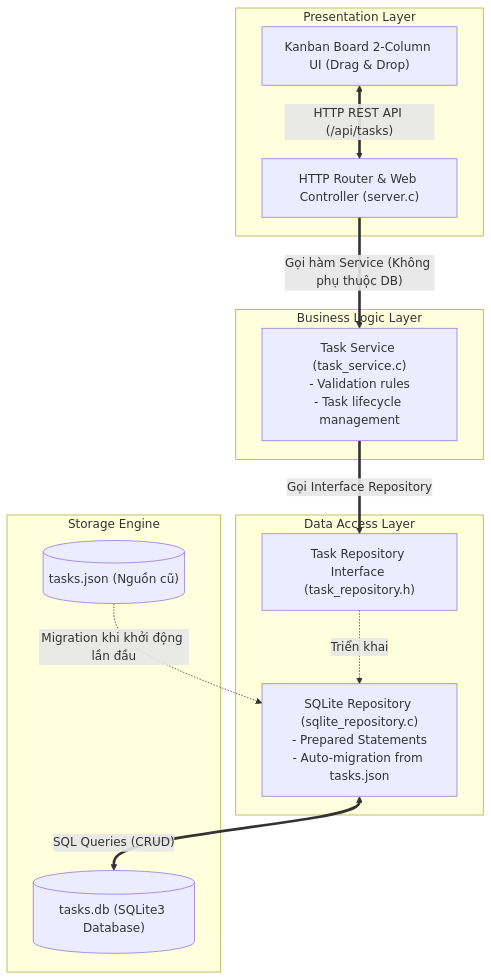
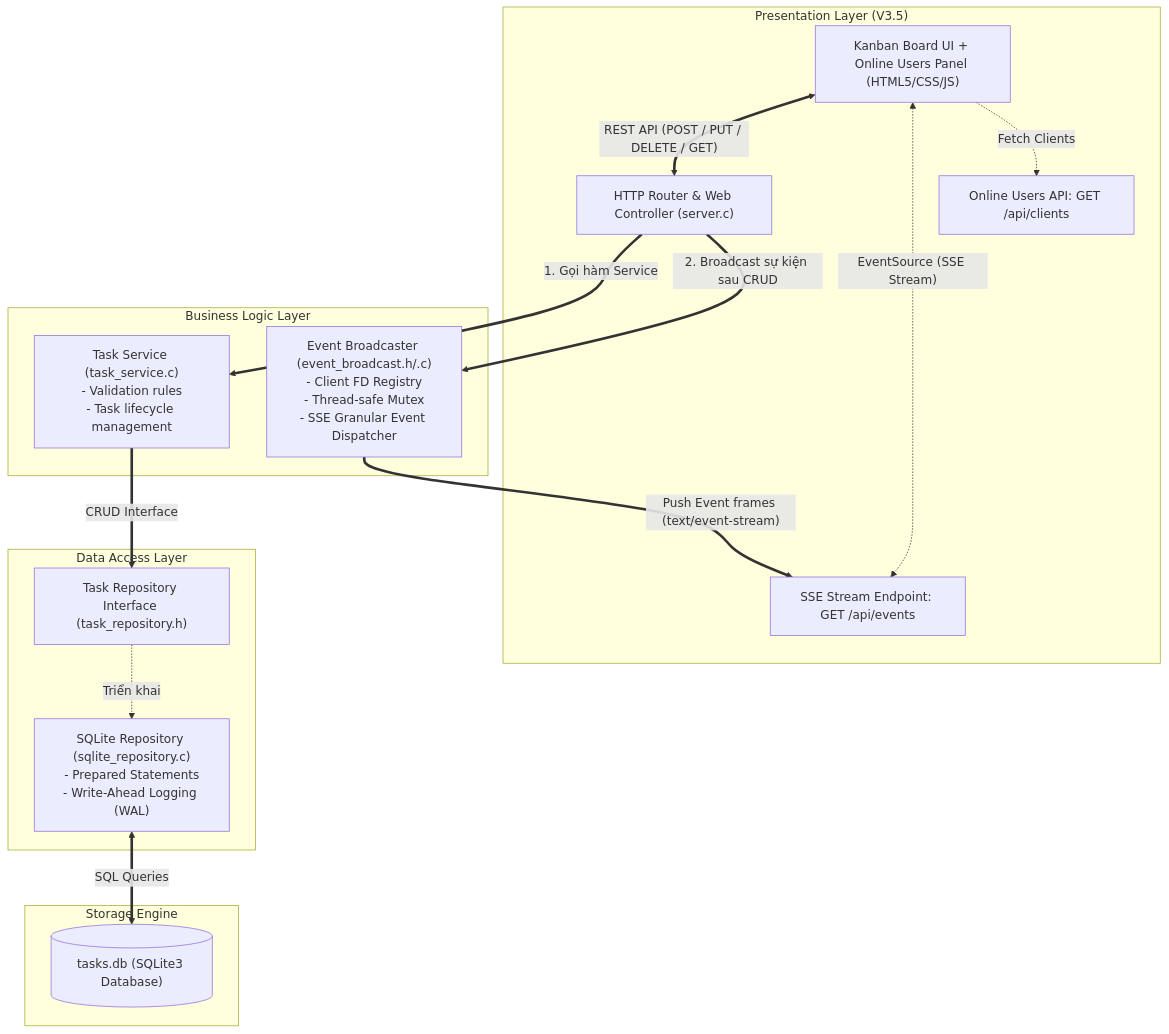
One commit to NguyenDuyHao-cheems/CNPM-W7-TODO changed the first of 2 diagrams in README.md. Above: the diagram before and after it, drawn with Mermaid. The commit also changed other lines of this file and 10 other files, not shown here.

Commit message:
feat(v3.5): implement Version 3.5 - Multi-User Real-time SSE collaboration and Online Users awareness

````diff
--- a/README.md
+++ b/README.md
@@ -138,27 +143,32 @@
 ```mermaid
 graph TD
-    subgraph Presentation ["Presentation Layer"]
-        KanbanUI["Kanban Board 2-Column UI (Drag & Drop)"]
+    subgraph Presentation ["Presentation Layer (V3.5)"]
+        KanbanUI["Kanban Board UI + Online Users Panel (HTML5/CSS/JS)"]
         HTTPRouter["HTTP Router & Web Controller (server.c)"]
-        KanbanUI <==>|"HTTP REST API (/api/tasks)"| HTTPRouter
+        SSEEndpoint["SSE Stream Endpoint: GET /api/events"]
+        ClientsEndpoint["Online Users API: GET /api/clients"]
+        KanbanUI <==>|"REST API (POST / PUT / DELETE / GET)"| HTTPRouter
+        KanbanUI <-.->|"EventSource (SSE Stream)"| SSEEndpoint
+        KanbanUI -.->|"Fetch Clients"| ClientsEndpoint
     end
 
     subgraph BusinessLogic ["Business Logic Layer"]
         TaskService["Task Service (task_service.c)<br/>- Validation rules<br/>- Task lifecycle management"]
-        HTTPRouter ==>|"Gọi hàm Service (Không phụ thuộc DB)"| TaskService
+        EventBroadcast["Event Broadcaster (event_broadcast.h/.c)<br/>- Client FD Registry<br/>- Thread-safe Mutex<br/>- SSE Granular Event Dispatcher"]
+        HTTPRouter ==>|"1. Gọi hàm Service"| TaskService
+        HTTPRouter ==>|"2. Broadcast sự kiện sau CRUD"| EventBroadcast
+        EventBroadcast ==>|"Push Event frames (text/event-stream)"| SSEEndpoint
     end
 
     subgraph DataAccess ["Data Access Layer"]
         RepoInterface["Task Repository Interface (task_repository.h)"]
-        SQLiteRepo["SQLite Repository (sqlite_repository.c)<br/>- Prepared Statements<br/>- Auto-migration from tasks.json"]
-        TaskService ==>|"Gọi Interface Repository"| RepoInterface
+        SQLiteRepo["SQLite Repository (sqlite_repository.c)<br/>- Prepared Statements<br/>- Write-Ahead Logging (WAL)"]
+        TaskService ==>|"CRUD Interface"| RepoInterface
         RepoInterface -.->|"Triển khai"| SQLiteRepo
     end
 
     subgraph DatabaseEngine ["Storage Engine"]
         SQLiteDB[("tasks.db (SQLite3 Database)")]
-        LegacyJSON[("tasks.json (Nguồn cũ)")]
-        SQLiteRepo <==>|"SQL Queries (CRUD)"| SQLiteDB
-        LegacyJSON -.->|"Migration khi khởi động lần đầu"| SQLiteRepo
+        SQLiteRepo <==>|"SQL Queries"| SQLiteDB
     end
 ```
````
